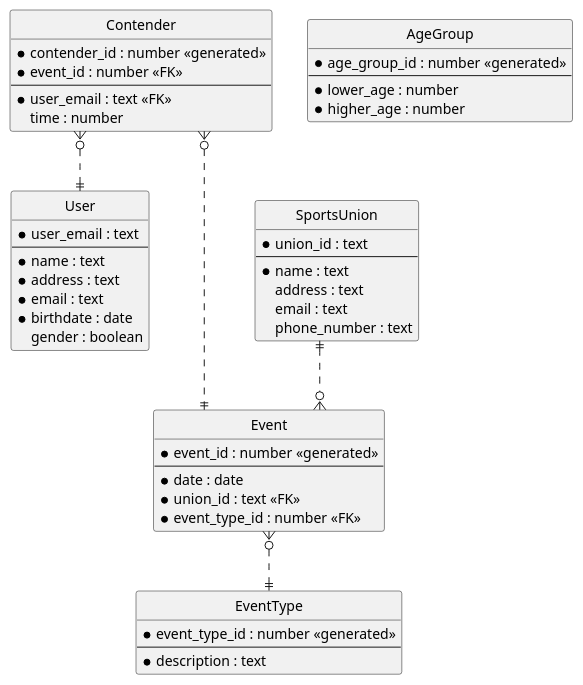
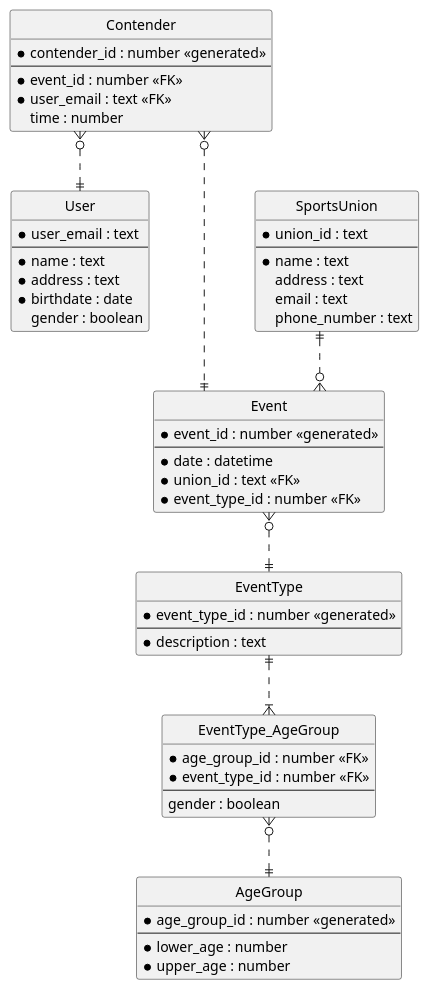
Before and after one commit to DTUSoftware/DBProject: the diagram in src/main/resources/ER-Diagram.puml, drawn with PlantUML. The commit also changed 8 other files, not shown here.

```diff
--- a/src/main/resources/ER-Diagram.puml
+++ b/src/main/resources/ER-Diagram.puml
@@ -1,69 +1,77 @@
 @startuml
 'https://plantuml.com/ie-diagram
 
 ' hide the spot
 hide circle
 
 ' avoid problems with angled crows feet
 skinparam linetype ortho
 
 entity User {
   *user_email : text
   --
   *name : text
   *address : text
-  *email : text
   *birthdate : date
   gender : boolean
 }
 
 entity Event {
   *event_id : number <<generated>>
   --
-  *date : date
+  *date : datetime
   *union_id : text <<FK>>
   *event_type_id : number <<FK>>
 }
 
 entity EventType {
   *event_type_id : number <<generated>>
   --
   *description : text
 }
 Event }o..|| EventType
 
 entity Contender {
   *contender_id : number <<generated>>
-  * event_id : number <<FK>>
   --
+    * event_id : number <<FK>>
   * user_email : text <<FK>>
   time : number
 }
 Contender }o...|| Event
 Contender }o..|| User
 
 
 entity AgeGroup {
     *age_group_id : number <<generated>>
     --
     *lower_age : number
-    *higher_age : number
+    *upper_age : number
 }
+
+entity EventType_AgeGroup {
+    * age_group_id : number <<FK>>
+    * event_type_id : number <<FK>>
+    --
+    gender : boolean
+}
+EventType ||..|{ EventType_AgeGroup
+EventType_AgeGroup }o..|| AgeGroup
 
 entity SportsUnion {
     *union_id : text
     --
     *name : text
     address : text
     email : text
     phone_number : text
 }
 SportsUnion ||..o{ Event
 
 
 
 'User ||..o{ Event
 'User |o..o{ Contender
 
 
 @enduml
```
